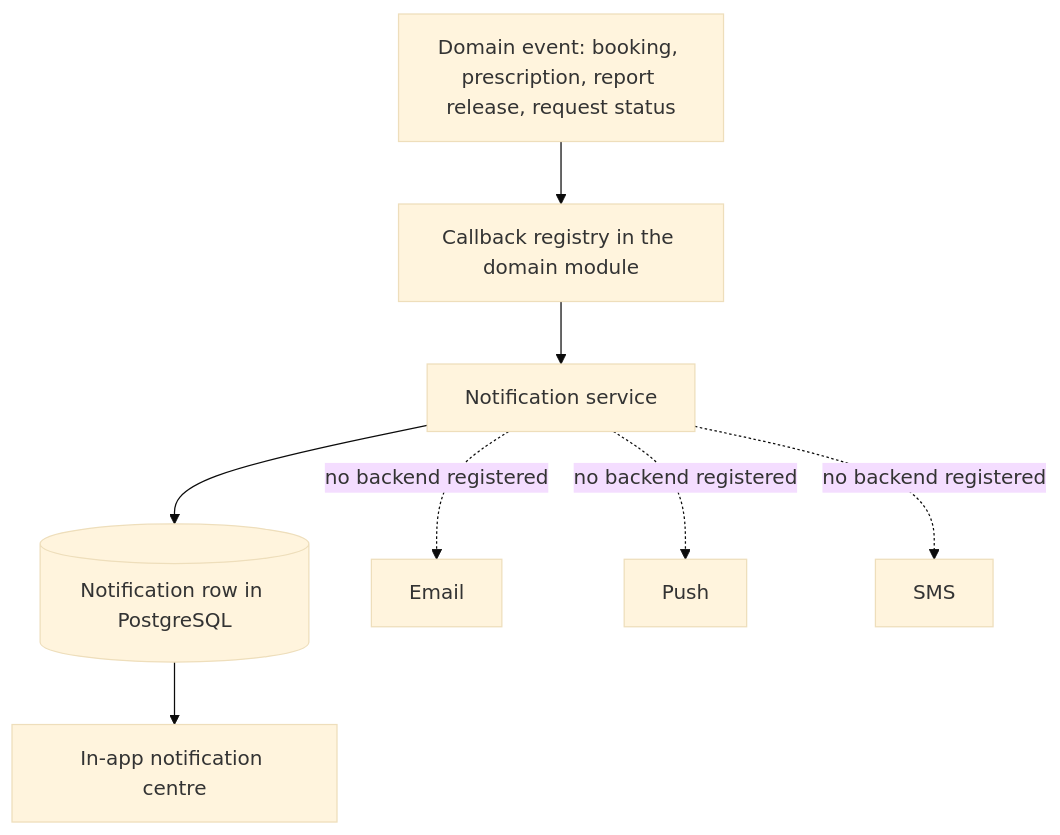
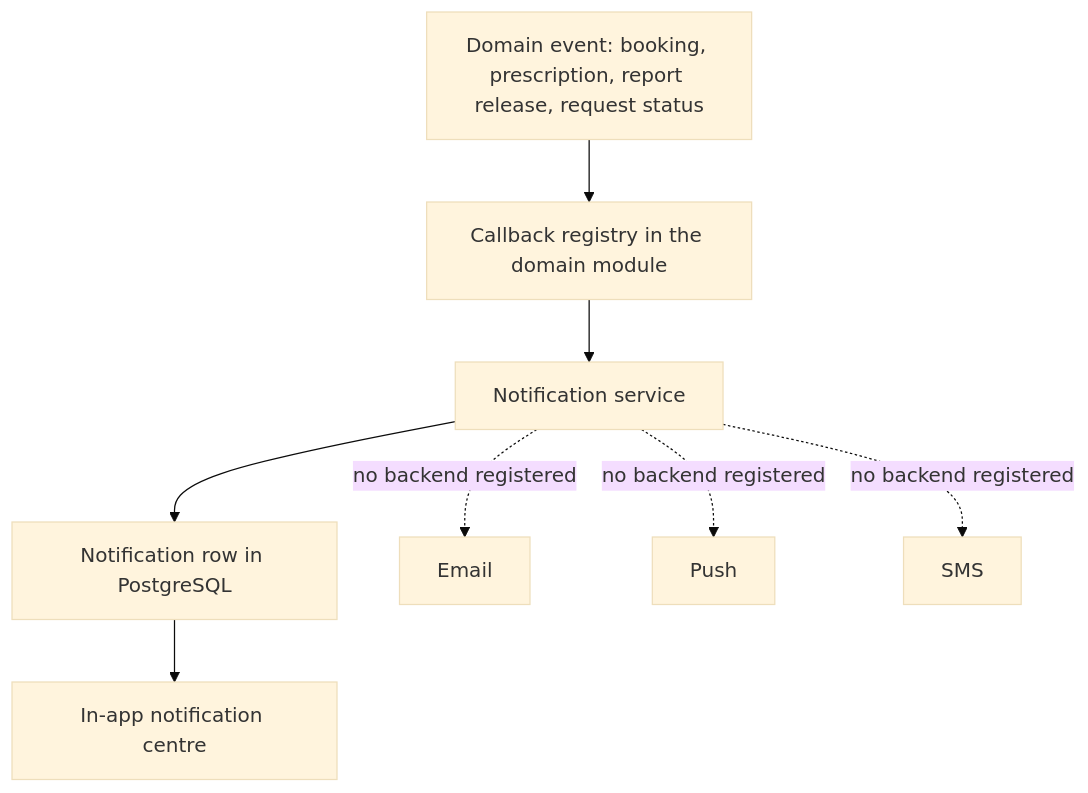
Diagram 12 of 21 in README.md (Yousef-7ossam/Roshada), drawn with Mermaid (base theme) before and after one commit. The commit also changed other lines of this file and 1 other file, not shown here.

````diff
--- a/README.md
+++ b/README.md
@@ -475,11 +486,11 @@
 ```mermaid
 graph TD
     EV["Domain event: booking, prescription, report release, request status"]
     EV --> HOOK[Callback registry in the domain module]
     HOOK --> SVC[Notification service]
-    SVC --> ROW[(Notification row in PostgreSQL)]
+    SVC --> ROW[Notification row in PostgreSQL]
     ROW --> INAPP[In-app notification centre]
     SVC -.no backend registered.-> EMAIL[Email]
     SVC -.no backend registered.-> PUSH[Push]
     SVC -.no backend registered.-> SMS[SMS]
 ```
````
